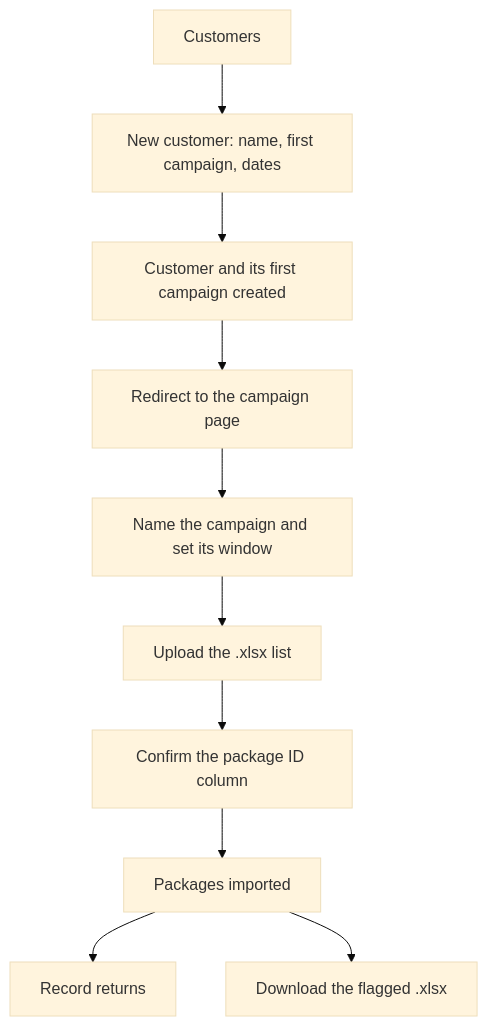
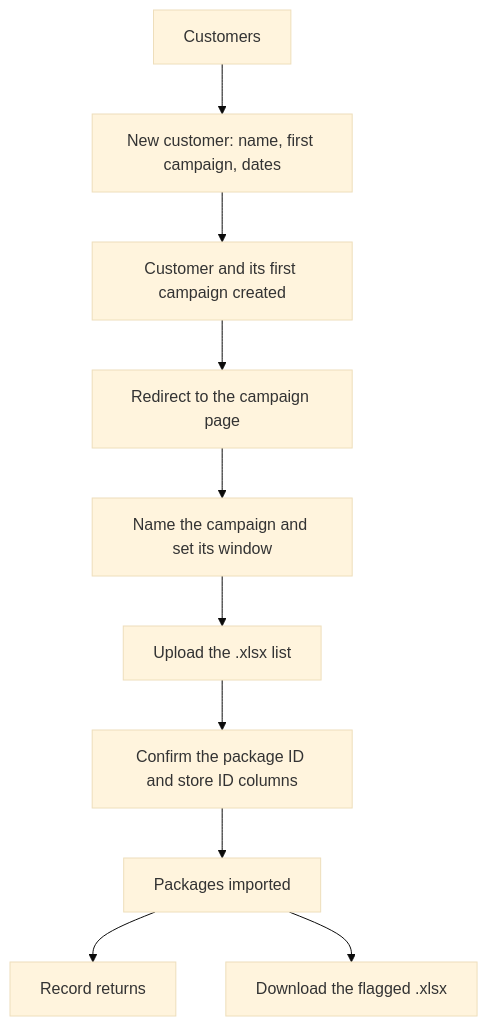
Before and after one commit to MiguelWay/my-hackathon-app: the diagram in docs/specs/end-to-end-design.md, drawn with Mermaid (base theme). The commit also changed other lines of this file and 22 other files, not shown here.

````diff
--- a/docs/specs/end-to-end-design.md
+++ b/docs/specs/end-to-end-design.md
@@ -117,12 +117,12 @@
 ```mermaid
 graph TD
     A[Customers] --> B[New customer: name, first campaign, dates]
     B --> C[Customer and its first campaign created]
     C --> D[Redirect to the campaign page]
     D --> E[Name the campaign and set its window]
     E --> F[Upload the .xlsx list]
-    F --> G[Confirm the package ID column]
+    F --> G[Confirm the package ID and store ID columns]
     G --> H[Packages imported]
     H --> I[Record returns]
     H --> J[Download the flagged .xlsx]
 ```
````
